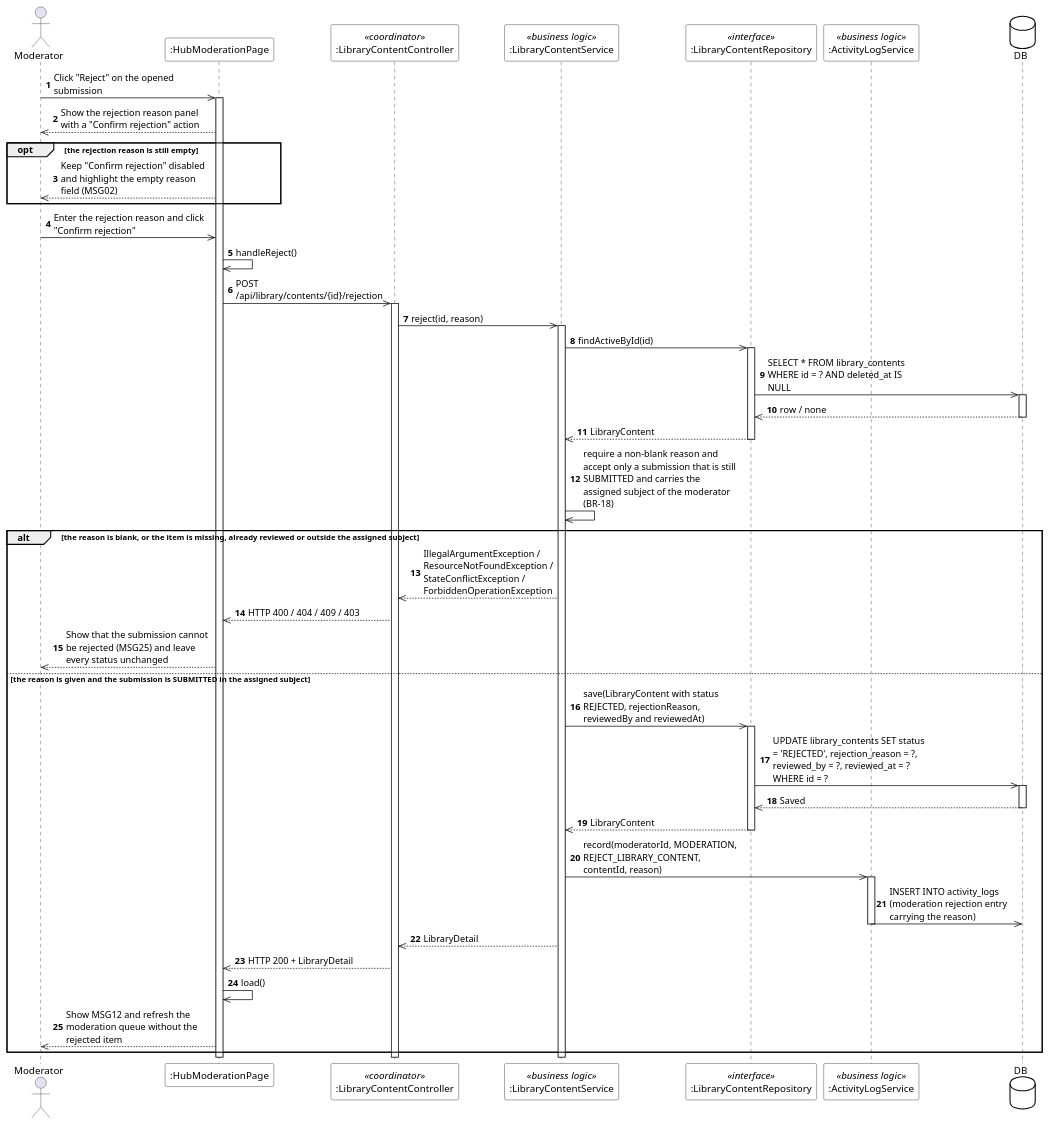
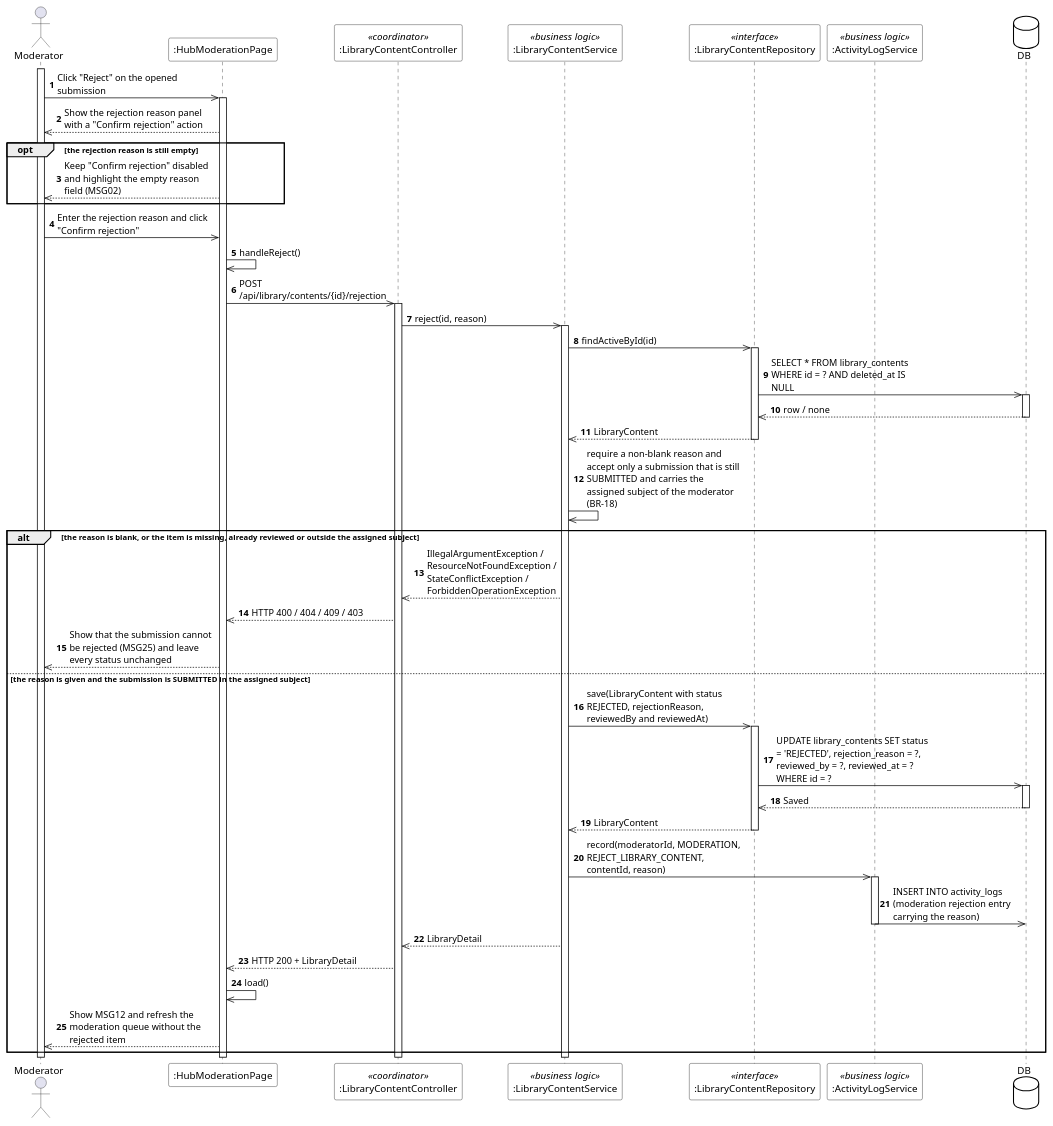
One commit to EduA-system/EduA-system changed the diagram in designs/sds-diagrams/uc76/uc76_sequence_stereo.puml. Above: the diagram before and after it, drawn with PlantUML. The commit also changed 377 other files, not shown here.

Commit message:
hình sequence diagram mới

```diff
--- a/designs/sds-diagrams/uc76/uc76_sequence_stereo.puml
+++ b/designs/sds-diagrams/uc76/uc76_sequence_stereo.puml
@@ -1,70 +1,72 @@
 @startuml UC-76 Reject Content - Sequence Diagram (stereo)
 skinparam defaultFontName "Segoe UI"
 skinparam shadowing false
 skinparam ParticipantBackgroundColor #FFFFFF
 skinparam ParticipantBorderColor #000000
 skinparam DatabaseBackgroundColor #FFFFFF
 skinparam DatabaseBorderColor #000000
 skinparam ArrowColor #000000
 skinparam sequenceMessageAlign left
 skinparam maxMessageSize 220
 
 actor Moderator
 participant ":HubModerationPage" as UI
 participant ":LibraryContentController" as CTL <<coordinator>>
 participant ":LibraryContentService" as SVC <<business logic>>
 participant ":LibraryContentRepository" as REPO <<interface>>
 participant ":ActivityLogService" as LOG <<business logic>>
 database DB
 
 autonumber
+activate Moderator
 Moderator ->> UI : Click "Reject" on the opened submission
 activate UI
 UI -->> Moderator : Show the rejection reason panel with a "Confirm rejection" action
 
 opt the rejection reason is still empty
   UI -->> Moderator : Keep "Confirm rejection" disabled and highlight the empty reason field (MSG02)
 end
 
 Moderator ->> UI : Enter the rejection reason and click "Confirm rejection"
 UI ->> UI : handleReject()
 UI ->> CTL : POST /api/library/contents/{id}/rejection
 activate CTL
 CTL ->> SVC : reject(id, reason)
 activate SVC
 SVC ->> REPO : findActiveById(id)
 activate REPO
 REPO ->> DB : SELECT * FROM library_contents WHERE id = ? AND deleted_at IS NULL
 activate DB
 DB -->> REPO : row / none
 deactivate DB
 REPO -->> SVC : LibraryContent
 deactivate REPO
 SVC ->> SVC : require a non-blank reason and accept only a submission that is still SUBMITTED and carries the assigned subject of the moderator (BR-18)
 
 alt the reason is blank, or the item is missing, already reviewed or outside the assigned subject
   SVC -->> CTL : IllegalArgumentException / ResourceNotFoundException / StateConflictException / ForbiddenOperationException
   CTL -->> UI : HTTP 400 / 404 / 409 / 403
   UI -->> Moderator : Show that the submission cannot be rejected (MSG25) and leave every status unchanged
 else the reason is given and the submission is SUBMITTED in the assigned subject
   SVC ->> REPO : save(LibraryContent with status REJECTED, rejectionReason, reviewedBy and reviewedAt)
   activate REPO
   REPO ->> DB : UPDATE library_contents SET status = 'REJECTED', rejection_reason = ?, reviewed_by = ?, reviewed_at = ? WHERE id = ?
   activate DB
   DB -->> REPO : Saved
   deactivate DB
   REPO -->> SVC : LibraryContent
   deactivate REPO
   SVC ->> LOG : record(moderatorId, MODERATION, REJECT_LIBRARY_CONTENT, contentId, reason)
   activate LOG
   LOG ->> DB : INSERT INTO activity_logs (moderation rejection entry carrying the reason)
   deactivate LOG
   SVC -->> CTL : LibraryDetail
   CTL -->> UI : HTTP 200 + LibraryDetail
   UI ->> UI : load()
   UI -->> Moderator : Show MSG12 and refresh the moderation queue without the rejected item
 end
 deactivate SVC
 deactivate CTL
 deactivate UI
+deactivate Moderator
 @enduml
```
